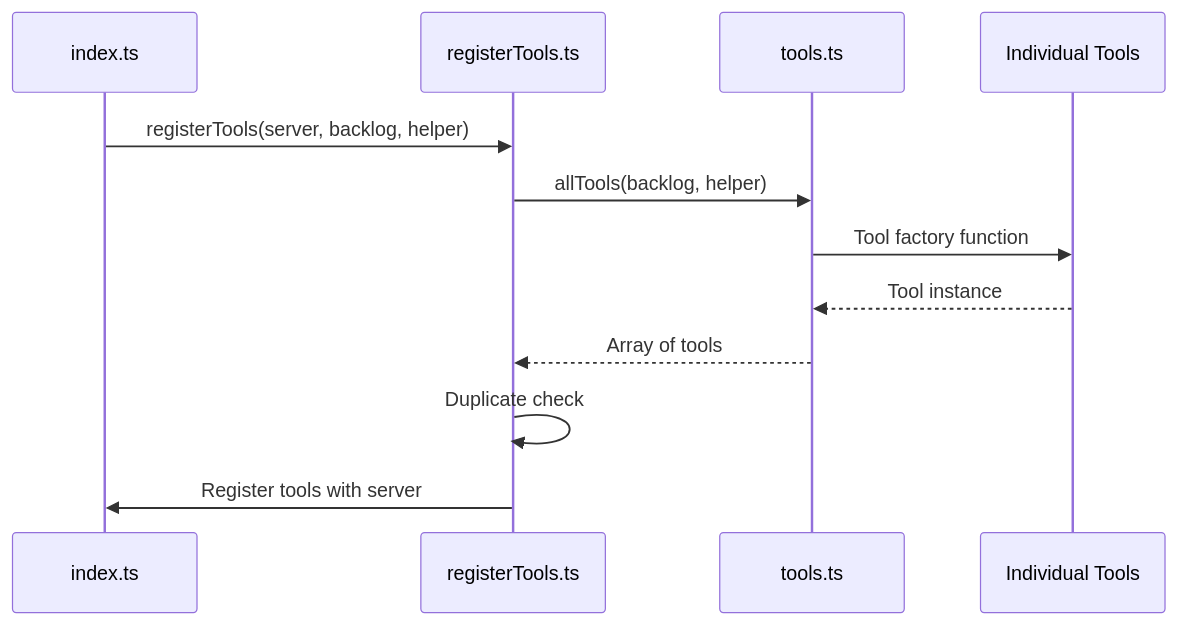
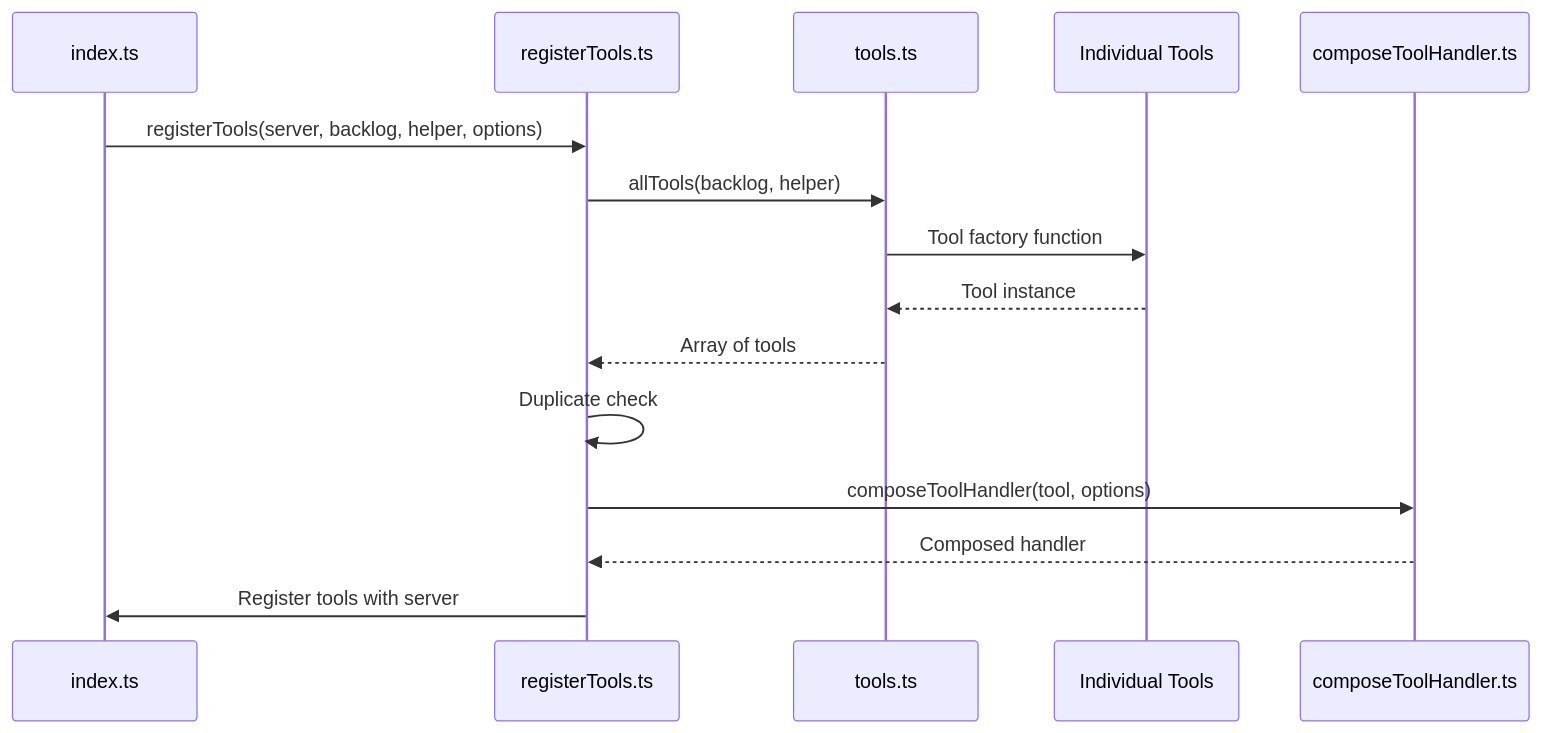
One commit to GridWorldOrganization/backlog-mcp-server changed the second of 6 diagrams in memory-bank/systemPatterns.md. Above: the diagram before and after it, drawn with Mermaid. The commit also changed other lines of this file and 5 other files, not shown here.

````diff
--- a/memory-bank/systemPatterns.md
+++ b/memory-bank/systemPatterns.md
@@ -58,15 +68,18 @@
 ```mermaid
 sequenceDiagram
     participant Main as index.ts
     participant Register as registerTools.ts
     participant Tools as tools.ts
     participant Tool as Individual Tools
+    participant Compose as composeToolHandler.ts
 
-    Main->>Register: registerTools(server, backlog, helper)
+    Main->>Register: registerTools(server, backlog, helper, options)
     Register->>Tools: allTools(backlog, helper)
     Tools->>Tool: Tool factory function
     Tool-->>Tools: Tool instance
     Tools-->>Register: Array of tools
     Register->>Register: Duplicate check
+    Register->>Compose: composeToolHandler(tool, options)
+    Compose-->>Register: Composed handler
     Register->>Main: Register tools with server
 ```
````
